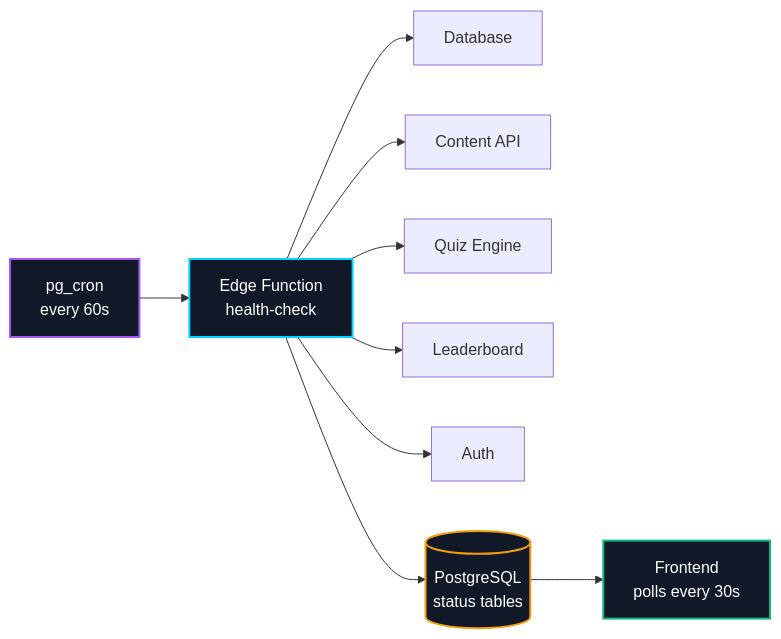
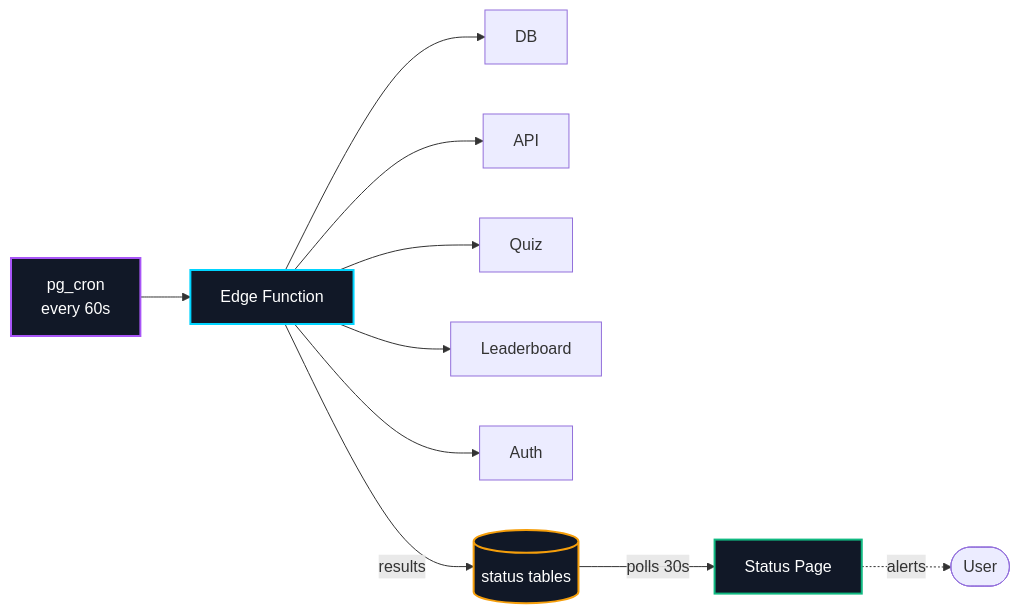
Before and after one commit to or-carmeli/KubeQuest: the fifth of 8 diagrams in README.md, drawn with Mermaid. The commit also changed other lines of this file, not shown here.

First line of the commit message:
docs: emphasize pg_cron health check loop in observability diagram

````diff
--- a/README.md
+++ b/README.md
@@ -237,16 +209,17 @@
 ```mermaid
 flowchart LR
-    CRON["pg_cron<br/>every 60s"] --> EDGE["Edge Function<br/>health-check"]
-    EDGE --> DB["Database"]
-    EDGE --> API["Content API"]
-    EDGE --> QUIZ["Quiz Engine"]
+    CRON["pg_cron<br/>every 60s"] --> EDGE["Edge Function"]
+    EDGE --> DB["DB"]
+    EDGE --> API["API"]
+    EDGE --> QUIZ["Quiz"]
     EDGE --> LB["Leaderboard"]
     EDGE --> AUTH["Auth"]
-    EDGE --> STORE[("PostgreSQL<br/>status tables")]
-    STORE --> UI["Frontend<br/>polls every 30s"]
+    EDGE -->|results| STORE[("status tables")]
+    STORE -->|polls 30s| UI["Status Page"]
+    UI -.->|alerts| USER([User])
 
     style CRON fill:#111827,stroke:#A855F7,stroke-width:2px,color:#fff
     style EDGE fill:#111827,stroke:#00D4FF,stroke-width:2px,color:#fff
     style STORE fill:#111827,stroke:#F59E0B,stroke-width:2px,color:#fff
     style UI fill:#111827,stroke:#10B981,stroke-width:2px,color:#fff
 ```
````
